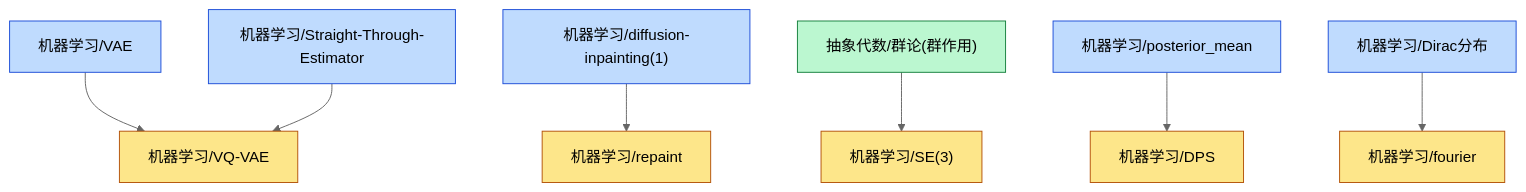
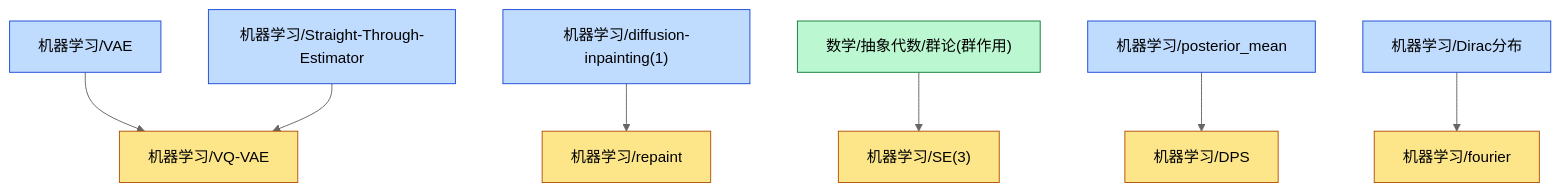
The diagram in content/机器学习/dependency_graph.md (zeroDtree/zeroDtree.github.io), drawn with Mermaid (neutral theme) before and after one commit. The commit also changed 229 other files, not shown here.

````diff
--- a/content/机器学习/dependency_graph.md
+++ b/content/机器学习/dependency_graph.md
@@ -1,26 +1,26 @@
 ```mermaid
 graph TD
 1["机器学习/VAE"] --> 0["机器学习/VQ-VAE"]
 2["机器学习/Straight-Through-Estimator"] --> 0["机器学习/VQ-VAE"]
 4["机器学习/diffusion-inpainting(1)"] --> 3["机器学习/repaint"]
-6["抽象代数/群论(群作用)"] --> 5["机器学习/SE(3)"]
+6["数学/抽象代数/群论(群作用)"] --> 5["机器学习/SE(3)"]
 8["机器学习/posterior_mean"] --> 7["机器学习/DPS"]
 10["机器学习/Dirac分布"] --> 9["机器学习/fourier"]
 classDef leaf fill:#fde68a,stroke:#b45309
 class 0,3,5,7,9 leaf
 classDef root fill:#bfdbfe,stroke:#1d4ed8
 class 1,2,4,8,10 root
 classDef foundationRoot fill:#bbf7d0,stroke:#15803d
 class 6 foundationRoot
 click 0 "/机器学习/vq-vae" "机器学习/VQ-VAE"
 click 1 "/机器学习/vae" "机器学习/VAE"
 click 2 "/机器学习/straight-through-estimator" "机器学习/Straight-Through-Estimator"
 click 3 "/机器学习/repaint" "机器学习/repaint"
 click 4 "/机器学习/diffusion-inpainting(1)" "机器学习/diffusion-inpainting(1)"
 click 5 "/机器学习/se(3)" "机器学习/SE(3)"
-click 6 "/抽象代数/群论(群作用)" "抽象代数/群论(群作用)"
+click 6 "/数学/抽象代数/群论(群作用)" "数学/抽象代数/群论(群作用)"
 click 7 "/机器学习/dps" "机器学习/DPS"
 click 8 "/机器学习/posterior_mean" "机器学习/posterior_mean"
 click 9 "/机器学习/fourier" "机器学习/fourier"
 click 10 "/机器学习/dirac分布" "机器学习/Dirac分布"
 ```
````
